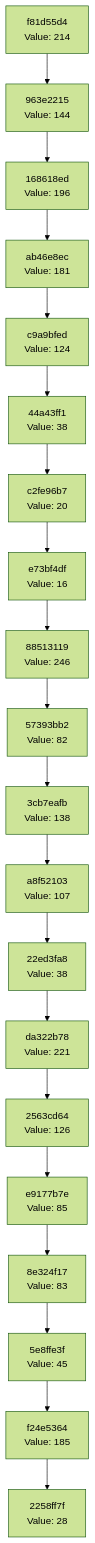
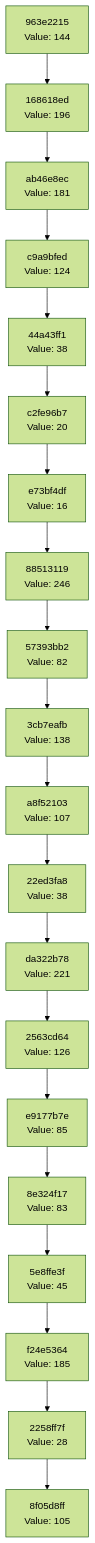
The diagram in docs/CHAIN_VISUALIZATION.md (Abhisheksinha1506/hash-chain-evolver), drawn with Mermaid (forest theme) before and after one commit. The commit also changed 3 other files, not shown here.

````diff
--- a/docs/CHAIN_VISUALIZATION.md
+++ b/docs/CHAIN_VISUALIZATION.md
@@ -3,42 +3,42 @@
 ```mermaid
 graph TD
-    C0["2258ff7f<br/>Value: 28"]
-    C1["f24e5364<br/>Value: 185"]
+    C0["8f05d8ff<br/>Value: 105"]
+    C1["2258ff7f<br/>Value: 28"]
     C1 --> C0
-    C2["5e8ffe3f<br/>Value: 45"]
+    C2["f24e5364<br/>Value: 185"]
     C2 --> C1
-    C3["8e324f17<br/>Value: 83"]
+    C3["5e8ffe3f<br/>Value: 45"]
     C3 --> C2
-    C4["e9177b7e<br/>Value: 85"]
+    C4["8e324f17<br/>Value: 83"]
     C4 --> C3
-    C5["2563cd64<br/>Value: 126"]
+    C5["e9177b7e<br/>Value: 85"]
     C5 --> C4
-    C6["da322b78<br/>Value: 221"]
+    C6["2563cd64<br/>Value: 126"]
     C6 --> C5
-    C7["22ed3fa8<br/>Value: 38"]
+    C7["da322b78<br/>Value: 221"]
     C7 --> C6
-    C8["a8f52103<br/>Value: 107"]
+    C8["22ed3fa8<br/>Value: 38"]
     C8 --> C7
-    C9["3cb7eafb<br/>Value: 138"]
+    C9["a8f52103<br/>Value: 107"]
     C9 --> C8
-    C10["57393bb2<br/>Value: 82"]
+    C10["3cb7eafb<br/>Value: 138"]
     C10 --> C9
-    C11["88513119<br/>Value: 246"]
+    C11["57393bb2<br/>Value: 82"]
     C11 --> C10
-    C12["e73bf4df<br/>Value: 16"]
+    C12["88513119<br/>Value: 246"]
     C12 --> C11
-    C13["c2fe96b7<br/>Value: 20"]
+    C13["e73bf4df<br/>Value: 16"]
     C13 --> C12
-    C14["44a43ff1<br/>Value: 38"]
+    C14["c2fe96b7<br/>Value: 20"]
     C14 --> C13
-    C15["c9a9bfed<br/>Value: 124"]
+    C15["44a43ff1<br/>Value: 38"]
     C15 --> C14
-    C16["ab46e8ec<br/>Value: 181"]
+    C16["c9a9bfed<br/>Value: 124"]
     C16 --> C15
-    C17["168618ed<br/>Value: 196"]
+    C17["ab46e8ec<br/>Value: 181"]
     C17 --> C16
-    C18["963e2215<br/>Value: 144"]
+    C18["168618ed<br/>Value: 196"]
     C18 --> C17
-    C19["f81d55d4<br/>Value: 214"]
+    C19["963e2215<br/>Value: 144"]
     C19 --> C18
 ```
````
